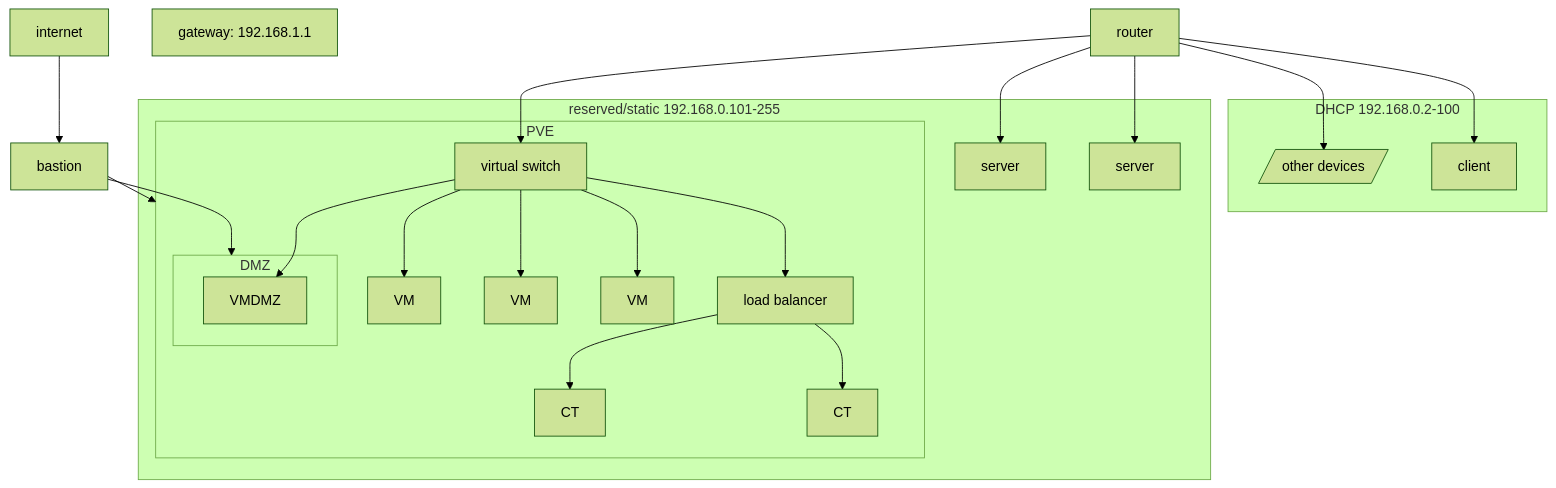
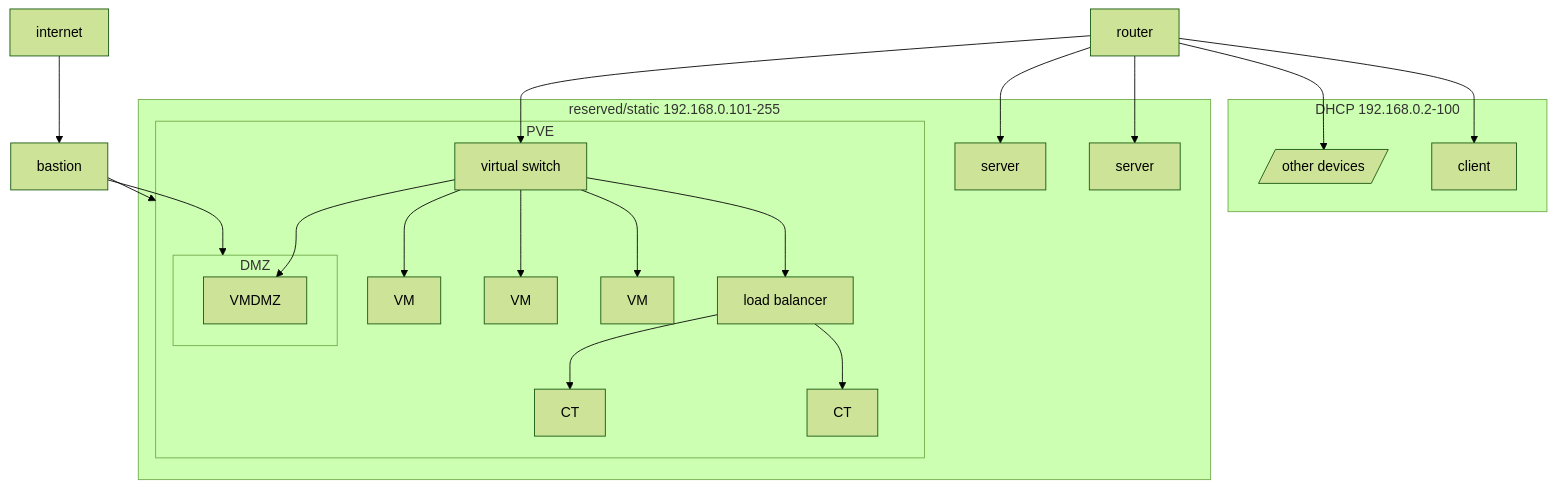
The diagram in deployment-layout.md (abdelhousni/homelab-dar), drawn with Mermaid (forest theme) before and after one commit.

````diff
--- a/deployment-layout.md
+++ b/deployment-layout.md
@@ -2,48 +2,48 @@
 ```mermaid
 graph TD
     internet --> bastion
   
     bastion --> PVE
     bastion --> DMZ
-    gateway[gateway: 192.168.1.1]
-    A[router] --> 
+
+    A[router//gateway: 192.168.1.1] --> 
     vswitch[virtual switch] --> LB[load balancer]
     
     vswitch --> VM1[VM]
     vswitch--> VM2[VM]
 
     vswitch --> VM3[VM]
     LB --> CT1[CT]
     LB --> CT2[CT]
     
     A[router] --> Server1[server]
     A[router] --> Server2[server]
     A[router] --> other[/other devices/]
     A[router] --> client[client]
     subgraph DHCP 192.168.0.2-100
       other
       client
     end
     subgraph PVE
         vswitch
         VM1
         VM2
         VM3
         VMDMZ
         LB
         CT1
         CT2
         vswitch --> VMDMZ
         subgraph DMZ
 
        VMDMZ
 
     end
     end
     
     subgraph reserved/static 192.168.0.101-255
       Server1
       Server2
       PVE
     end
 ```
````
